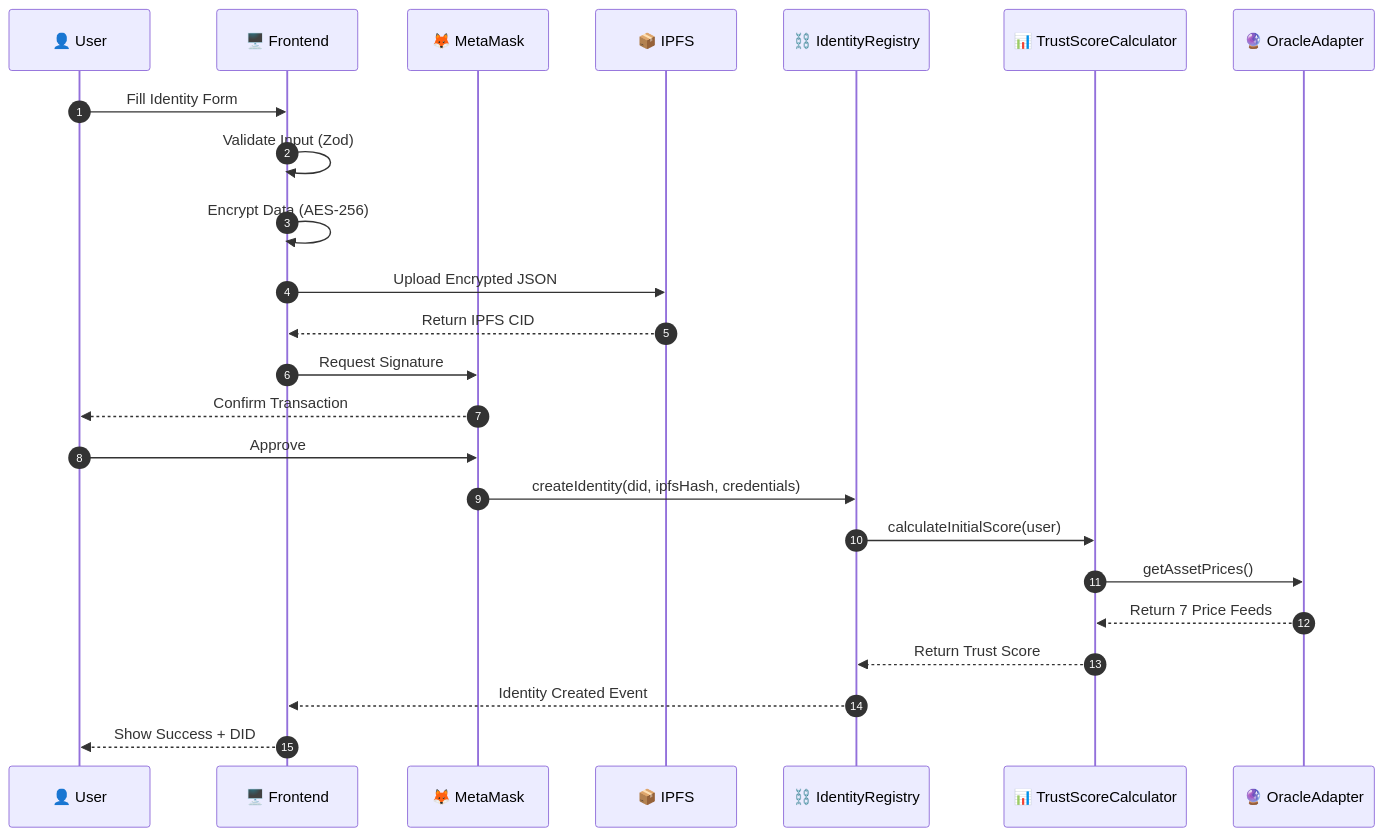
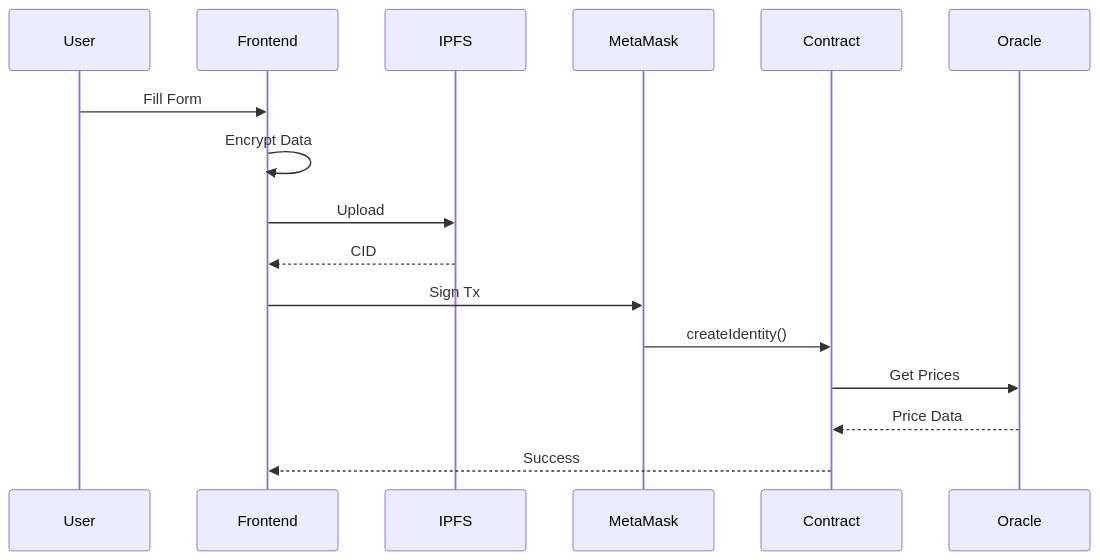
One commit to yashodipmore/VeriChain-Identity-Protocol changed the third of 10 diagrams in Archiecture.md. Above: the diagram before and after it, drawn with Mermaid. The commit also changed other lines of this file, not shown here.

````diff
--- a/Archiecture.md
+++ b/Archiecture.md
@@ -94,27 +57,12 @@
 ```mermaid
 sequenceDiagram
-    autonumber
-    participant U as 👤 User
-    participant F as 🖥️ Frontend
-    participant M as 🦊 MetaMask
-    participant I as 📦 IPFS
-    participant B as ⛓️ IdentityRegistry
-    participant T as 📊 TrustScoreCalculator
-    participant O as 🔮 OracleAdapter
-
-    U->>F: Fill Identity Form
-    F->>F: Validate Input (Zod)
-    F->>F: Encrypt Data (AES-256)
-    F->>I: Upload Encrypted JSON
-    I-->>F: Return IPFS CID
-    F->>M: Request Signature
-    M-->>U: Confirm Transaction
-    U->>M: Approve
-    M->>B: createIdentity(did, ipfsHash, credentials)
-    B->>T: calculateInitialScore(user)
-    T->>O: getAssetPrices()
-    O-->>T: Return 7 Price Feeds
-    T-->>B: Return Trust Score
-    B-->>F: Identity Created Event
-    F-->>U: Show Success + DID
+    User->>Frontend: Fill Form
+    Frontend->>Frontend: Encrypt Data
+    Frontend->>IPFS: Upload
+    IPFS-->>Frontend: CID
+    Frontend->>MetaMask: Sign Tx
+    MetaMask->>Contract: createIdentity()
+    Contract->>Oracle: Get Prices
+    Oracle-->>Contract: Price Data
+    Contract-->>Frontend: Success
 ```
````
